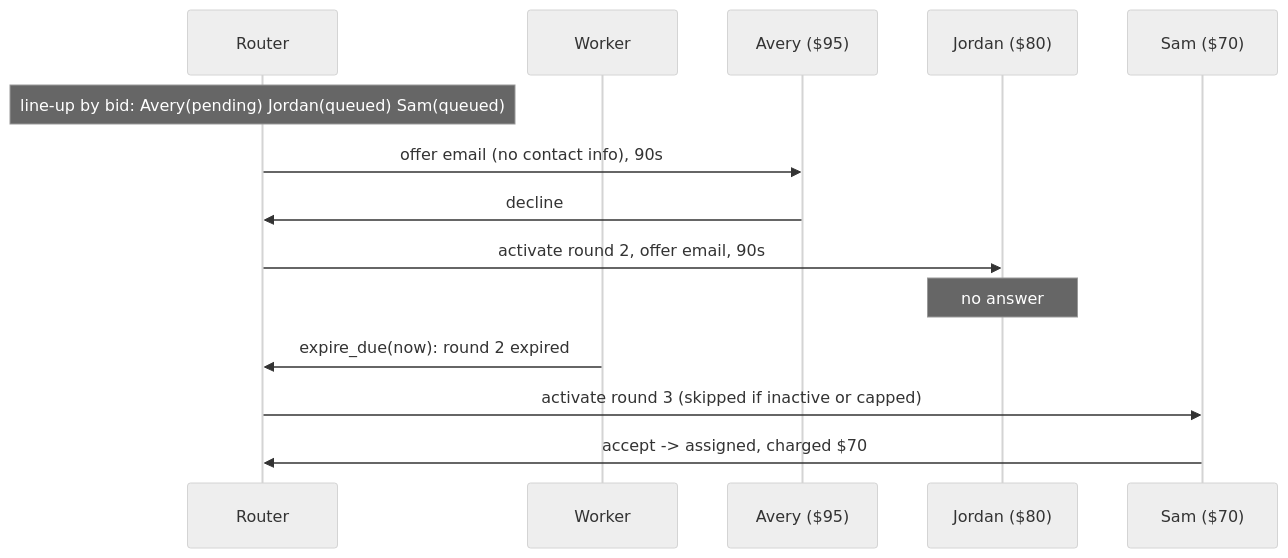
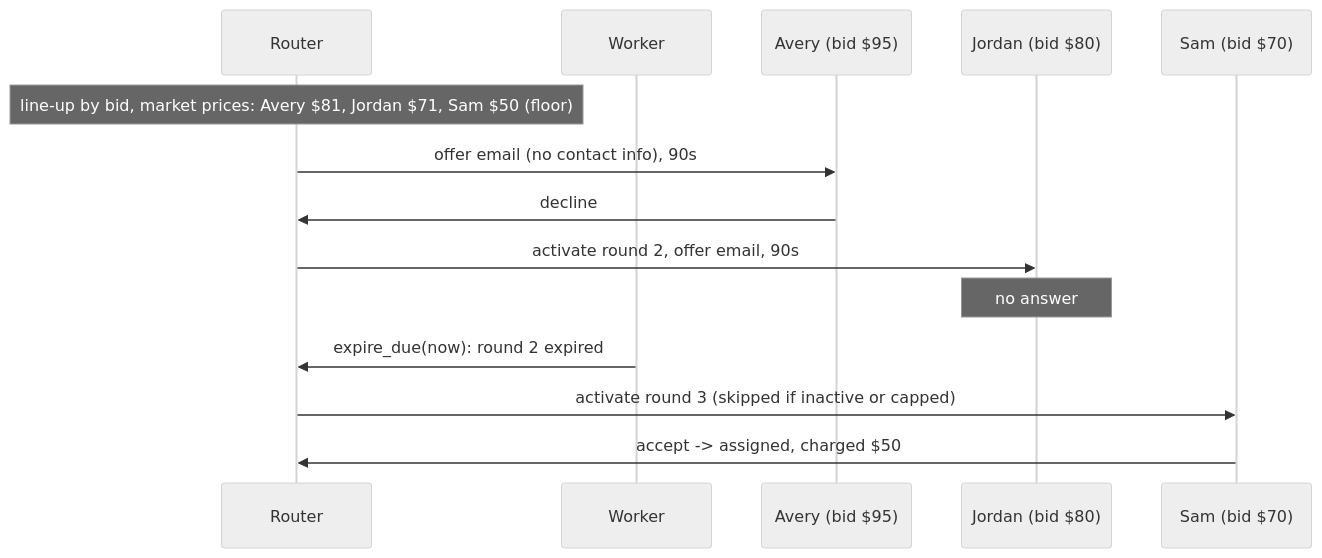
Before and after one commit to pat687/MergeME: the seventh of 8 diagrams in docs/ARCHITECTURE.md, drawn with Mermaid (neutral theme). The commit also changed other lines of this file and 46 other files, not shown here.

````diff
--- a/docs/ARCHITECTURE.md
+++ b/docs/ARCHITECTURE.md
@@ -217,16 +217,16 @@
 ```mermaid
 sequenceDiagram
     participant R as Router
     participant W as Worker
-    participant A as Avery ($95)
-    participant J as Jordan ($80)
-    participant S as Sam ($70)
-    Note over R: line-up by bid: Avery(pending) Jordan(queued) Sam(queued)
+    participant A as Avery (bid $95)
+    participant J as Jordan (bid $80)
+    participant S as Sam (bid $70)
+    Note over R: line-up by bid, market prices: Avery $81, Jordan $71, Sam $50 (floor)
     R->>A: offer email (no contact info), 90s
     A->>R: decline
     R->>J: activate round 2, offer email, 90s
     Note over J: no answer
     W->>R: expire_due(now): round 2 expired
     R->>S: activate round 3 (skipped if inactive or capped)
-    S->>R: accept -> assigned, charged $70
+    S->>R: accept -> assigned, charged $50
 ```
````
